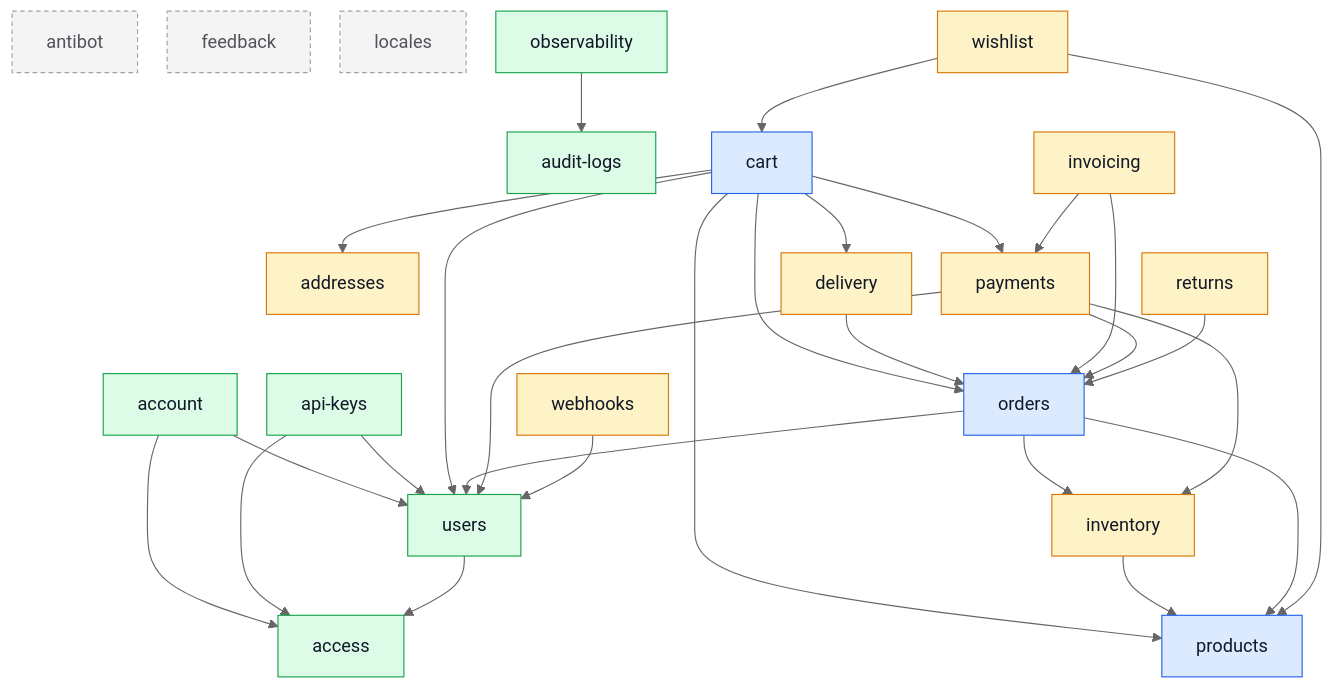
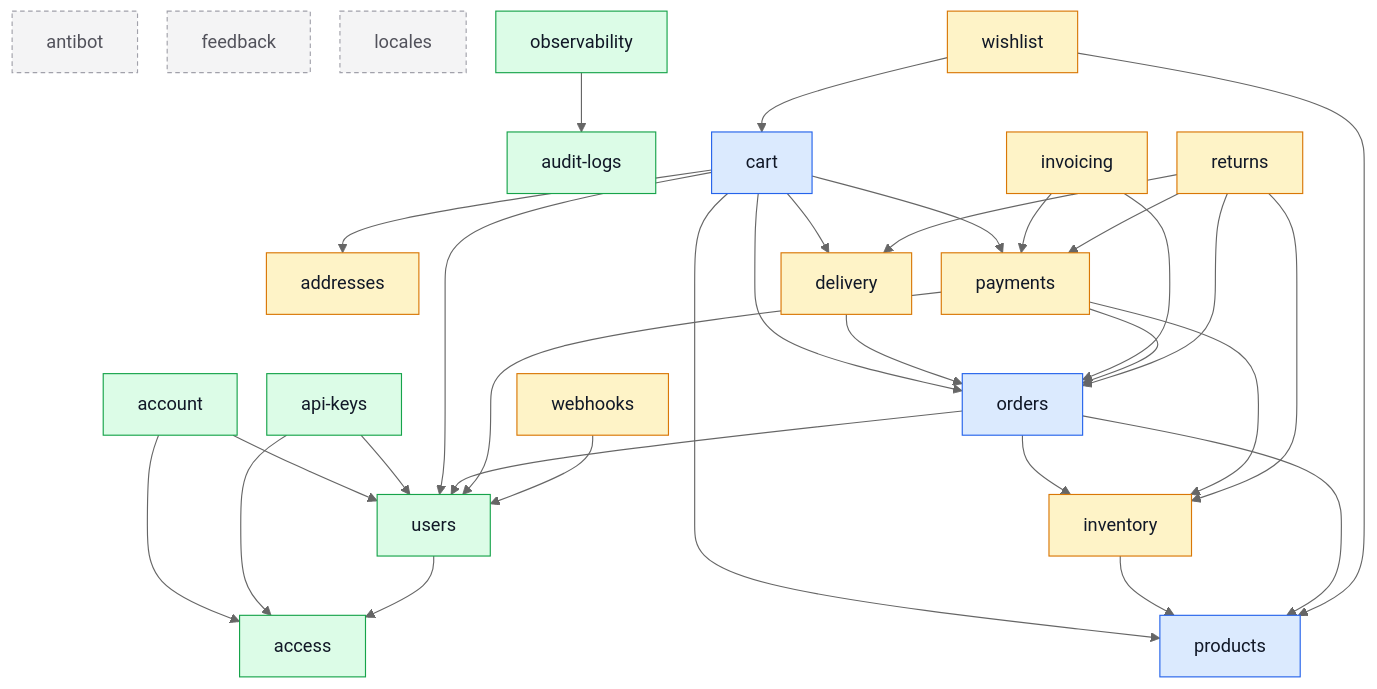
Before and after one commit to Guebbit/boilerplate-node-backend: the diagram in docs/modules/index.md, drawn with Mermaid (neutral theme). The commit also changed other lines of this file and 55 other files, not shown here.

````diff
--- a/docs/modules/index.md
+++ b/docs/modules/index.md
@@ -40,60 +40,63 @@
 ```mermaid
 %%{init: {'flowchart': {'nodeSpacing': 26, 'rankSpacing': 52}}}%%
 flowchart TD
     access
     account
     addresses
     antibot
     api_keys["api-keys"]
     audit_logs["audit-logs"]
     cart
     delivery
     feedback
     inventory
     invoicing
     locales
     observability
     orders
     payments
     products
     returns
     users
     webhooks
     wishlist
 
     account --> access
     account --> users
     api_keys --> access
     api_keys --> users
     cart --> addresses
     cart --> delivery
     cart --> orders
     cart --> payments
     cart --> products
     cart --> users
     delivery --> orders
     inventory --> products
     invoicing --> orders
     invoicing --> payments
     observability --> audit_logs
     orders --> inventory
     orders --> products
     orders --> users
     payments --> inventory
     payments --> orders
     payments --> users
+    returns --> delivery
+    returns --> inventory
     returns --> orders
+    returns --> payments
     users --> access
     webhooks --> users
     wishlist --> cart
     wishlist --> products
 
     classDef core fill:#dbeafe,stroke:#2563eb,color:#111827;
     classDef supporting fill:#fef3c7,stroke:#d97706,color:#111827;
     classDef generic fill:#dcfce7,stroke:#16a34a,color:#111827;
     classDef isolated fill:#f4f4f5,stroke:#a1a1aa,color:#52525b,stroke-dasharray:4 3;
     class cart,orders,products core;
     class addresses,delivery,inventory,invoicing,payments,returns,webhooks,wishlist supporting;
     class access,account,api_keys,audit_logs,observability,users generic;
     class antibot,feedback,locales isolated;
 ```
````
